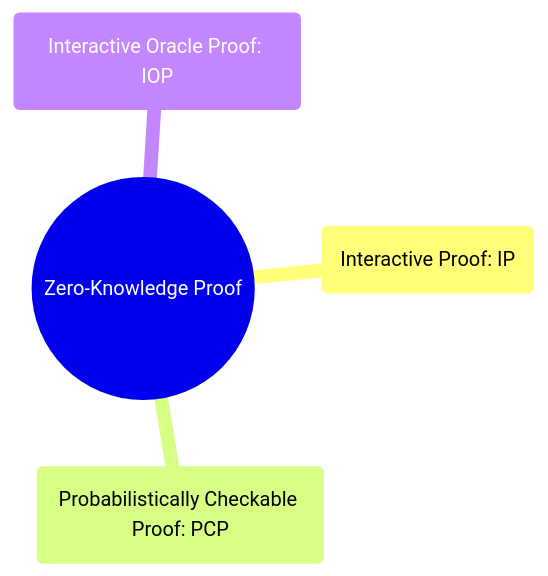
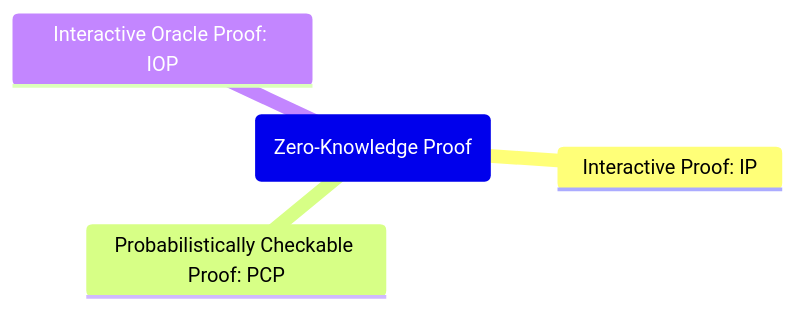
The diagram in README.md (akira-19/zkp_relation_map), drawn with Mermaid before and after one commit.

````diff
--- a/README.md
+++ b/README.md
@@ -3,7 +3,7 @@
 ```mermaid
 mindmap
-  root((Zero-Knowledge Proof))
-    IP(Interactive Proof: IP)
-    PCP(Probabilistically Checkable Proof: PCP)
-    IOP(Interactive Oracle Proof: IOP)
+  root(Zero-Knowledge Proof)
+    Interactive Proof: IP
+    Probabilistically Checkable Proof: PCP
+    Interactive Oracle Proof: IOP
 ```
````
